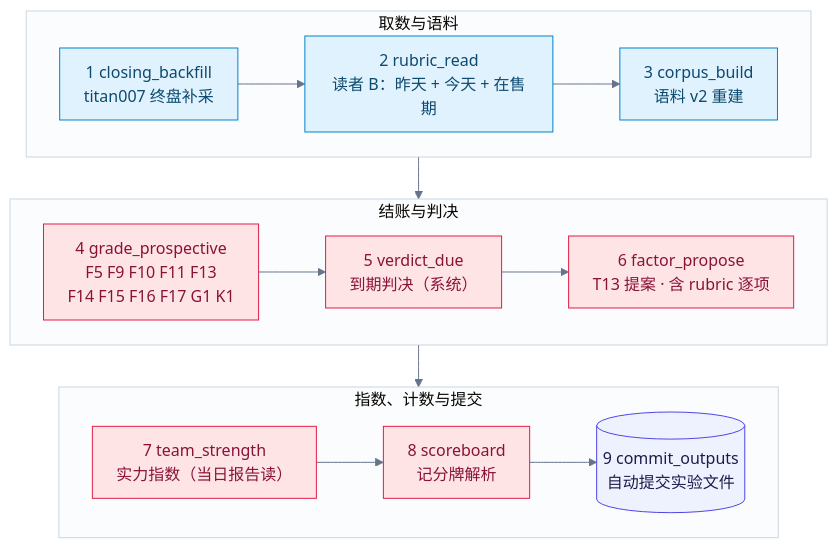
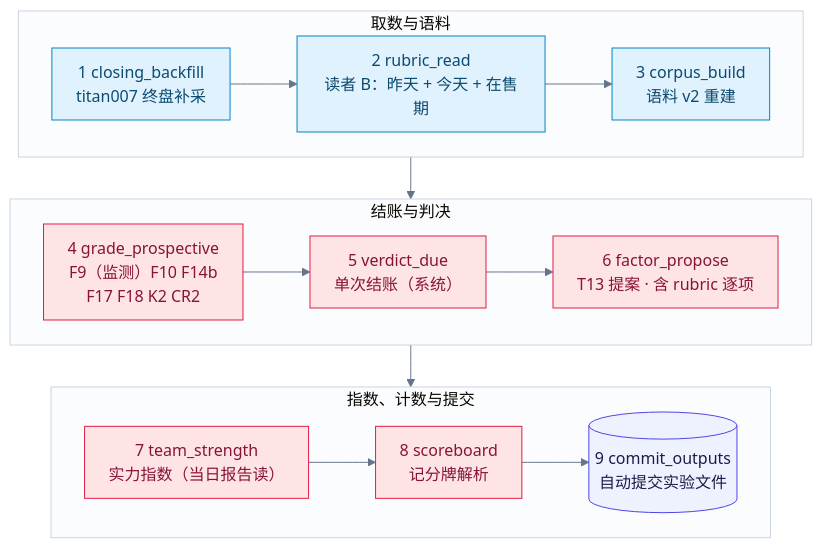
Before and after one commit to Jerenus/Nutmeg: the ninth of 11 diagrams in docs/ARCHITECTURE.md, drawn with Mermaid. The commit also changed other lines of this file and 5 other files, not shown here.

````diff
--- a/docs/ARCHITECTURE.md
+++ b/docs/ARCHITECTURE.md
@@ -492,24 +495,24 @@
 ```mermaid
 %%{init: {"theme": "base", "themeVariables": {"fontSize": "16px", "lineColor": "#64748B", "clusterBkg": "#FBFCFE", "clusterBorder": "#CBD5E1", "edgeLabelBackground": "#FFFFFF", "primaryTextColor": "#0F172A"}, "flowchart": {"curve": "basis", "padding": 12, "nodeSpacing": 30, "rankSpacing": 42}}}%%
 flowchart TB
   subgraph IN["取数与语料"]
     direction LR
     L1["1 closing_backfill<br/>titan007 终盘补采"] --> L2["2 rubric_read<br/>读者 B：昨天 + 今天 + 在售期"] --> L3["3 corpus_build<br/>语料 v2 重建"]
   end
   subgraph JUDGE["结账与判决"]
     direction LR
-    L4["4 grade_prospective<br/>F5 F9 F10 F11 F13<br/>F14 F15 F16 F17 G1 K1"] --> L5["5 verdict_due<br/>到期判决（系统）"] --> L6["6 factor_propose<br/>T13 提案 · 含 rubric 逐项"]
+    L4["4 grade_prospective<br/>F9（监测）F10 F14b<br/>F17 F18 K2 CR2"] --> L5["5 verdict_due<br/>单次结账（系统）"] --> L6["6 factor_propose<br/>T13 提案 · 含 rubric 逐项"]
   end
   subgraph CMP["指数、计数与提交"]
     direction LR
     L7["7 team_strength<br/>实力指数（当日报告读）"] --> L8["8 scoreboard<br/>记分牌解析"] --> L9[("9 commit_outputs<br/>自动提交实验文件")]
   end
   IN --> JUDGE --> CMP
 
   classDef ing fill:#E0F2FE,stroke:#0284C7,color:#0C4A6E
   classDef exp fill:#FFE4E6,stroke:#E11D48,color:#881337
   classDef store fill:#EEF2FF,stroke:#4F46E5,color:#1E1B4B
   class L1,L2,L3 ing
   class L4,L5,L6,L7,L8 exp
   class L9 store
 ```
````
